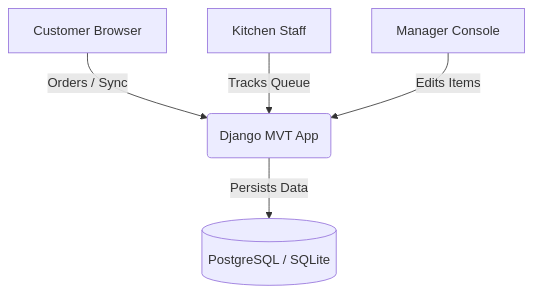
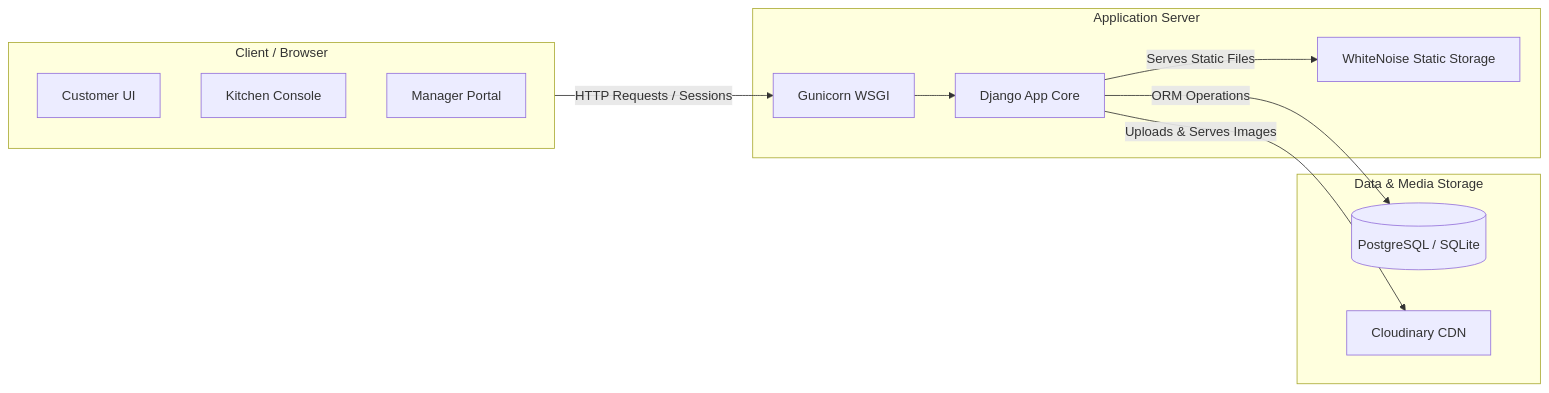
Before and after one commit to anok-bodipogu-79/Smart-Restaurant-Ordering-System: the second of 3 diagrams in README.md, drawn with Mermaid. The commit also changed other lines of this file and 40 other files, not shown here.

````diff
--- a/README.md
+++ b/README.md
@@ -62,7 +110,23 @@
 ```mermaid
-graph TD
-    A[Customer Browser] -->|Orders / Sync| B(Django MVT App)
-    C[Kitchen Staff] -->|Tracks Queue| B
-    D[Manager Console] -->|Edits Items| B
-    B -->|Persists Data| E[(PostgreSQL / SQLite)]
+graph LR
+    subgraph Client [Client / Browser]
+        A[Customer UI]
+        B[Kitchen Console]
+        C[Manager Portal]
+    end
+    subgraph WebServer [Application Server]
+        D[Gunicorn WSGI]
+        E[Django App Core]
+        F[WhiteNoise Static Storage]
+    end
+    subgraph Persistence [Data & Media Storage]
+        G[(PostgreSQL / SQLite)]
+        H[Cloudinary CDN]
+    end
+
+    Client -->|HTTP Requests / Sessions| D
+    D --> E
+    E -->|Serves Static Files| F
+    E -->|ORM Operations| G
+    E -->|Uploads & Serves Images| H
 ```
````
